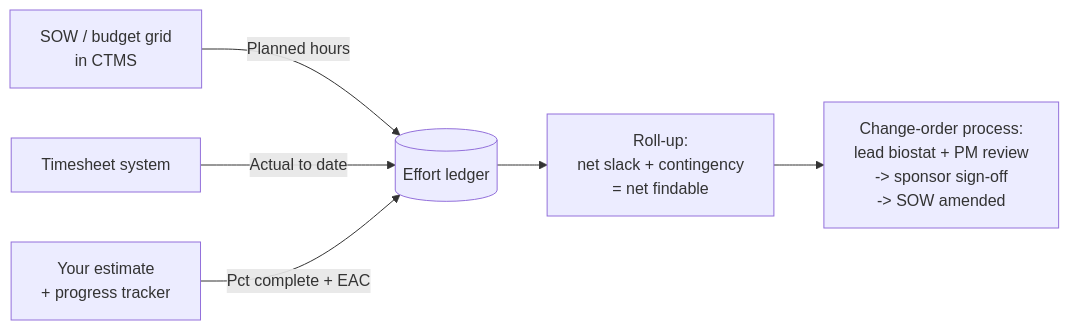
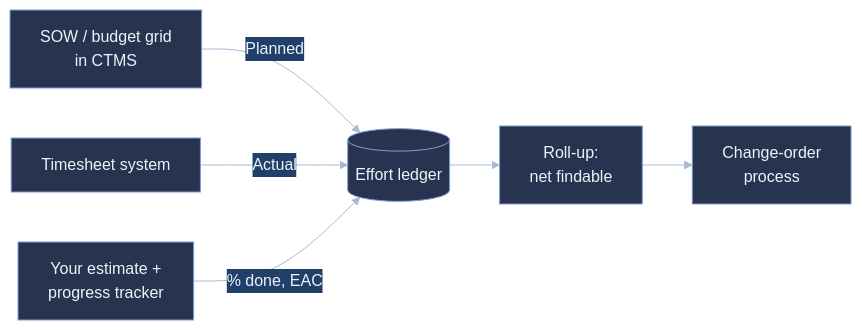
One commit to patrickiben/biometrics-ai-portfolio changed the second of 2 diagrams in budget_reconciliation/quarto/hours-guide.qmd. Above: the diagram before and after it, drawn with Mermaid. The commit also changed other lines of this file and 45 other files, not shown here.

````diff
--- a/budget_reconciliation/quarto/hours-guide.qmd
+++ b/budget_reconciliation/quarto/hours-guide.qmd
@@ -67,8 +76,9 @@
 ```{mermaid}
+%%{init: {'theme':'base','themeVariables':{'primaryColor':'#28344f','primaryTextColor':'#eef2fb','primaryBorderColor':'#7d9bd6','lineColor':'#aab8d6','clusterBkg':'#161d33','clusterBorder':'#3a476a','tertiaryColor':'#20406a','tertiaryTextColor':'#eef2fb','tertiaryBorderColor':'#7d9bd6','secondaryColor':'#20406a','secondaryTextColor':'#eef2fb'}}}%%
 flowchart LR
-  SOW[SOW / budget grid<br/>in CTMS] -->|Planned hours| LEDG[(Effort ledger)]
-  TS[Timesheet system] -->|Actual to date| LEDG
-  EST[Your estimate<br/>+ progress tracker] -->|Pct complete + EAC| LEDG
-  LEDG --> ROLL[Roll-up:<br/>net slack + contingency<br/>= net findable]
-  ROLL --> CO[Change-order process:<br/>lead biostat + PM review<br/>-> sponsor sign-off<br/>-> SOW amended]
+  SOW["SOW / budget grid<br/>in CTMS"] -->|Planned| LEDG[("Effort ledger")]
+  TS["Timesheet system"] -->|Actual| LEDG
+  EST["Your estimate +<br/>progress tracker"] -->|"% done, EAC"| LEDG
+  LEDG --> ROLL["Roll-up:<br/>net findable"]
+  ROLL --> CO["Change-order<br/>process"]
 ```
````
